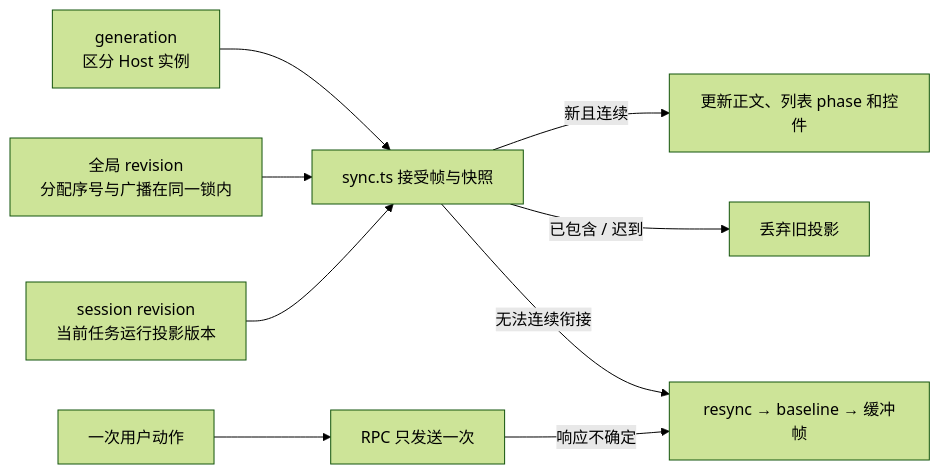
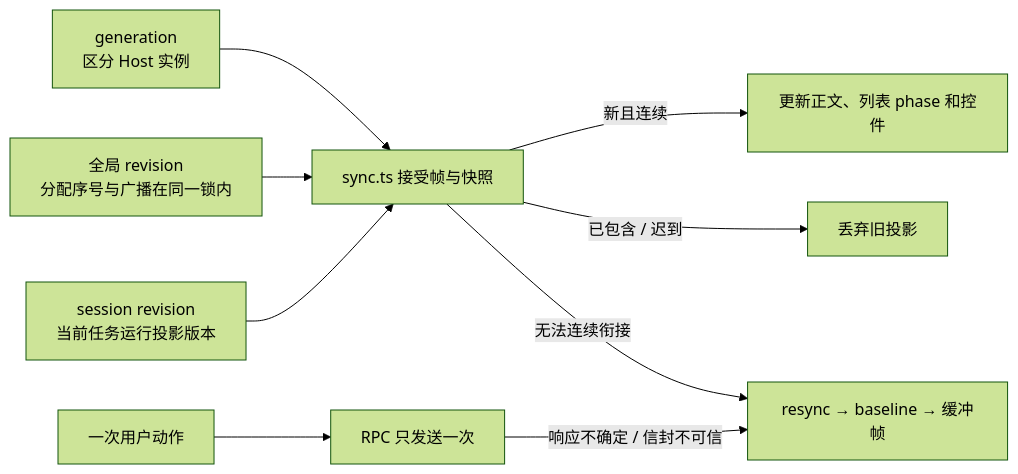
One commit to qjcnmd/singularity-agent changed diagram 11 of 29 in docs/singularity.md. Above: the diagram before and after it, drawn with Mermaid (forest theme). The commit also changed other lines of this file and 52 other files, not shown here.

````diff
--- a/docs/singularity.md
+++ b/docs/singularity.md
@@ -294,11 +294,11 @@
 ```mermaid
 flowchart LR
     Generation["generation<br/>区分 Host 实例"] --> Gate["sync.ts 接受帧与快照"]
     Global["全局 revision<br/>分配序号与广播在同一锁内"] --> Gate
     SessionRevision["session revision<br/>当前任务运行投影版本"] --> Gate
     Gate -->|"新且连续"| Apply["更新正文、列表 phase 和控件"]
     Gate -->|"已包含 / 迟到"| Ignore["丢弃旧投影"]
     Gate -->|"无法连续衔接"| Resync["resync → baseline → 缓冲帧"]
     Mutation["一次用户动作"] --> Once["RPC 只发送一次"]
-    Once -->|"响应不确定"| Resync
+    Once -->|"响应不确定 / 信封不可信"| Resync
 ```
````
